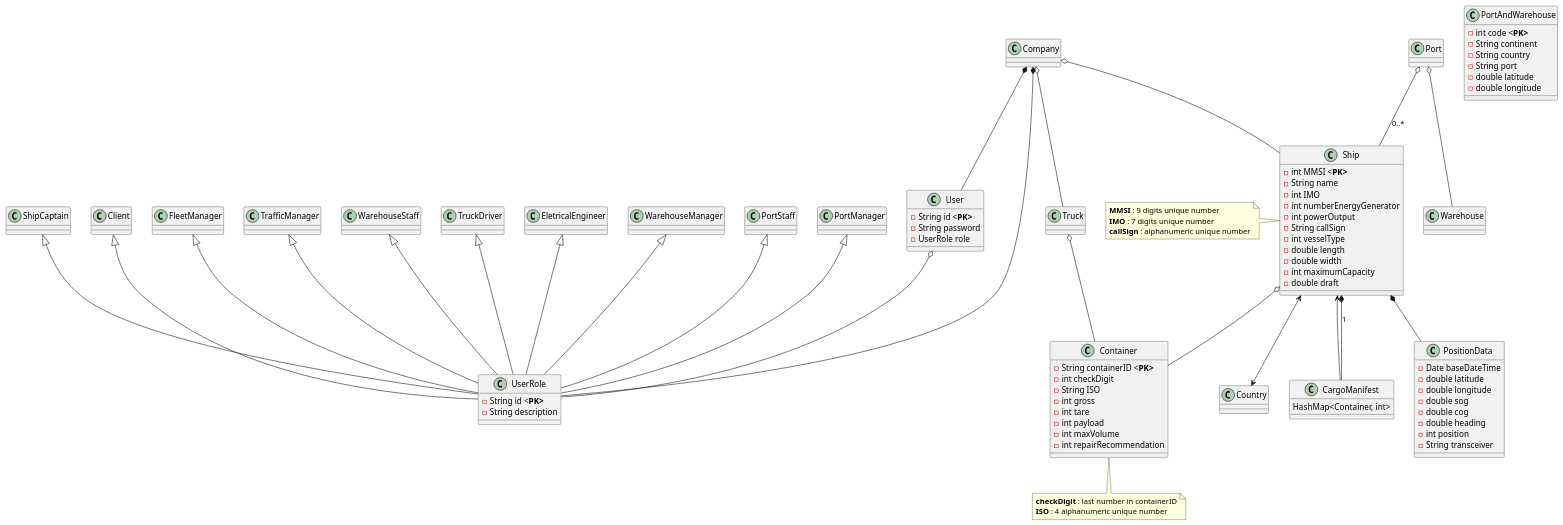
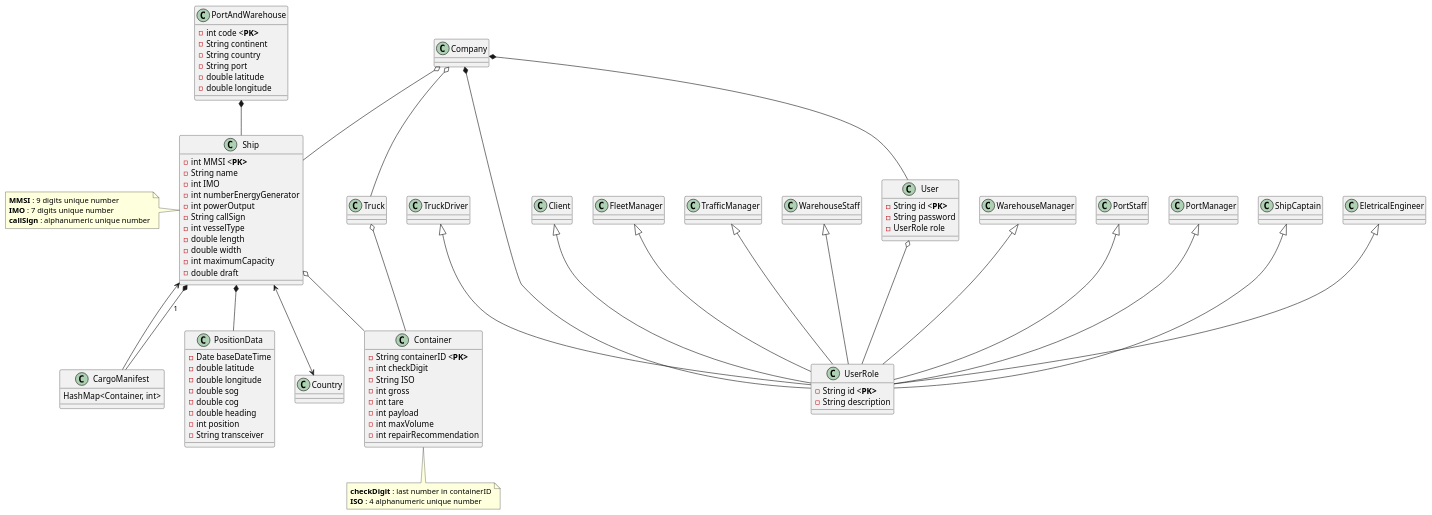
Before and after one commit to LourencoMelo/ISEP-LAPR3-ESINF: the diagram in Docs/Domain Model.puml, drawn with PlantUML. The commit also changed 3 other files, not shown here.

```diff
--- a/Docs/Domain Model.puml
+++ b/Docs/Domain Model.puml
@@ -1,155 +1,153 @@
 @startuml
 
 class Ship {
 
     -int MMSI <<b>PK>
     -String name
     -int IMO
     -int numberEnergyGenerator
     -int powerOutput
     -String callSign
     -int vesselType
     -double length
     -double width
     -int maximumCapacity
     -double draft
 }
 
 note left: <b>MMSI</b> : 9 digits unique number\n<b>IMO</b> : 7 digits unique number\n<b>callSign</b> : alphanumeric unique number
 
 
 class Container {
 
     -String containerID <<b>PK>
     -int checkDigit
     -String ISO
     -int gross
     -int tare
     -int payload
     -int maxVolume
     -int repairRecommendation
 
 }
 
 note bottom: <b>checkDigit</b> : last number in containerID\n<b>ISO</b> : 4 alphanumeric unique number
 
 
 class PortAndWarehouse {
     -int code <<b>PK>
     -String continent
     -String country
     -String port
     -double latitude
     -double longitude
 
 }
 
 
 class Truck{
 }
 
 class User{
     -String id <<b>PK>
     -String password
     -UserRole role
 }
 
 class UserRole{
     -String id <<b>PK>
     -String description
 }
 
 class Client{
 }
 
 class FleetManager{
 }
 
 class TrafficManager{
 }
 
 class WarehouseStaff{
 }
 
 class WarehouseManager{
 }
 
 class PortStaff{
 }
 
 class PortManager{
 }
 
 class ShipCaptain{
 }
 
 class EletricalEngineer{
 }
 
 class TruckDriver{
 }
 
 class PositionData{
     -Date baseDateTime
     -double latitude
     -double longitude
     -double sog
     -double cog
     -double heading
     -int position
     -String transceiver
 
 }
 
 
 class CargoManifest{
     HashMap<Container, int>
 }
 
 class Country {
 
 }
 
 class Company {
 
 }
 
 'Inheritance connections
 
 Client <|-- UserRole
 FleetManager <|-- UserRole
 TrafficManager <|-- UserRole
 WarehouseStaff <|-- UserRole
 WarehouseManager <|-- UserRole
 PortStaff <|-- UserRole
 PortManager <|-- UserRole
 ShipCaptain <|-- UserRole
 EletricalEngineer <|-- UserRole
 TruckDriver <|-- UserRole
 
 
 'Aggregation connections
 
 User o-- UserRole
 Ship o-- Container
 Truck o-- Container
 Company o-- Ship
 Company o-- Truck
-Port o-- Ship : 0..*
-Port o-- Warehouse
 
 
 'Composition connections
 
 Company *-- User
 Company *-- UserRole
 Ship *-- CargoManifest : 1
 Ship *-- PositionData
-
+PortAndWarehouse *-- Ship
 
 'Association connections
 
 CargoManifest --> Ship
 Ship <--> Country
 
 @enduml
```
